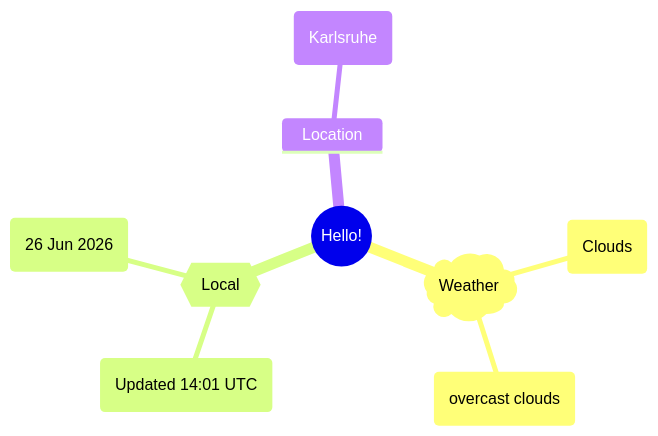
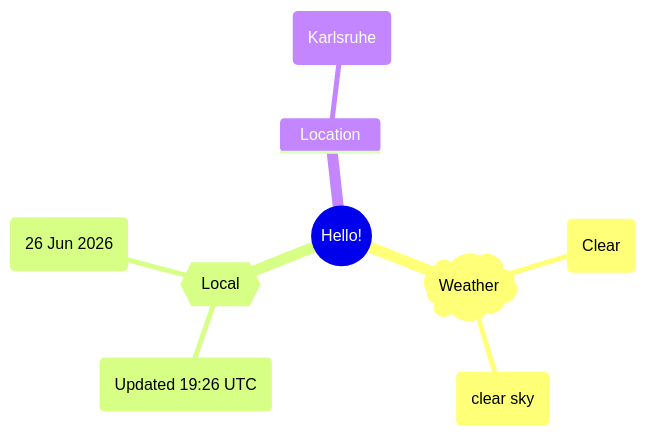
The first of 2 diagrams in README.md (Xosrov/Xosrov), drawn with Mermaid before and after one commit.

Commit message:
[bot] updated images

````diff
--- a/README.md
+++ b/README.md
@@ -3,12 +3,12 @@
 ```mermaid
 mindmap
   root((Hello!))
     )Weather(
-        (Clouds)
-        (overcast clouds)
+        (Clear)
+        (clear sky)
     {{Local}}
-        (Updated 14:01 UTC)
+        (Updated 19:26 UTC)
         (26 Jun 2026)
     Location
         (Karlsruhe)
 ```
````
